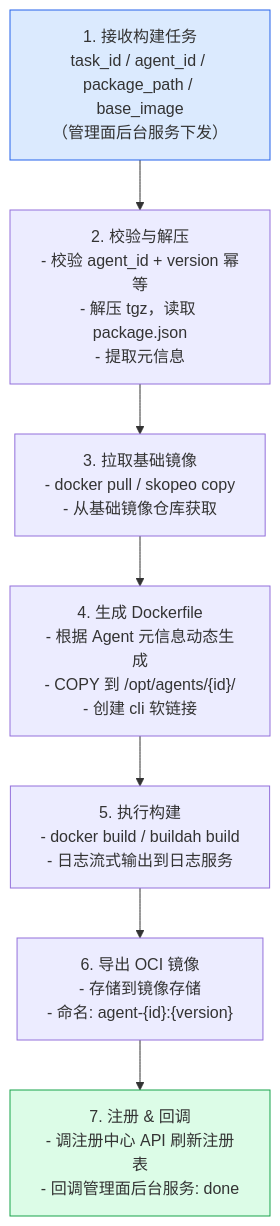
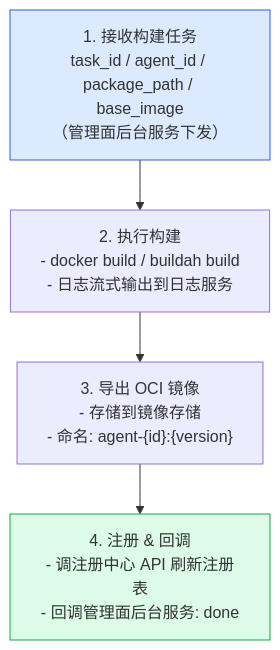
One commit to csoulnd/InferTechNote changed the third of 3 diagrams in codeagent/docs/design/claude-code-offline-install.md. Above: the diagram before and after it, drawn with Mermaid. The commit also changed other lines of this file and 1 other file, not shown here.

````diff
--- a/codeagent/docs/design/claude-code-offline-install.md
+++ b/codeagent/docs/design/claude-code-offline-install.md
@@ -364,15 +359,12 @@
 ```mermaid
 flowchart TD
     S1["1. 接收构建任务<br/>task_id / agent_id / package_path / base_image<br/>（管理面后台服务下发）"]
-    S2["2. 校验与解压<br/>- 校验 agent_id + version 幂等<br/>- 解压 tgz，读取 package.json<br/>- 提取元信息"]
-    S3["3. 拉取基础镜像<br/>- docker pull / skopeo copy<br/>- 从基础镜像仓库获取"]
-    S4["4. 生成 Dockerfile<br/>- 根据 Agent 元信息动态生成<br/>- COPY 到 /opt/agents/{id}/<br/>- 创建 cli 软链接"]
-    S5["5. 执行构建<br/>- docker build / buildah build<br/>- 日志流式输出到日志服务"]
-    S6["6. 导出 OCI 镜像<br/>- 存储到镜像存储<br/>- 命名: agent-{id}:{version}"]
-    S7["7. 注册 & 回调<br/>- 调注册中心 API 刷新注册表<br/>- 回调管理面后台服务: done"]
+    S2["2. 执行构建<br/>- docker build / buildah build<br/>- 日志流式输出到日志服务"]
+    S3["3. 导出 OCI 镜像<br/>- 存储到镜像存储<br/>- 命名: agent-{id}:{version}"]
+    S4["4. 注册 & 回调<br/>- 调注册中心 API 刷新注册表<br/>- 回调管理面后台服务: done"]
 
-    S1 --> S2 --> S3 --> S4 --> S5 --> S6 --> S7
+    S1 --> S2 --> S3 --> S4
 
     style S1 fill:#dbeafe,stroke:#2563eb
-    style S7 fill:#dcfce7,stroke:#16a34a
+    style S4 fill:#dcfce7,stroke:#16a34a
 ```
````
